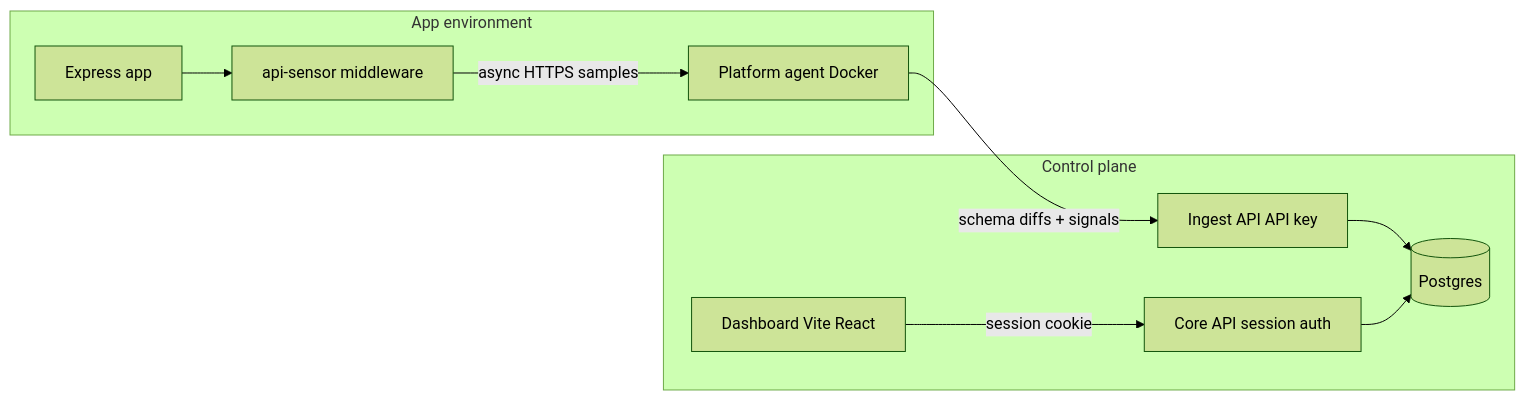
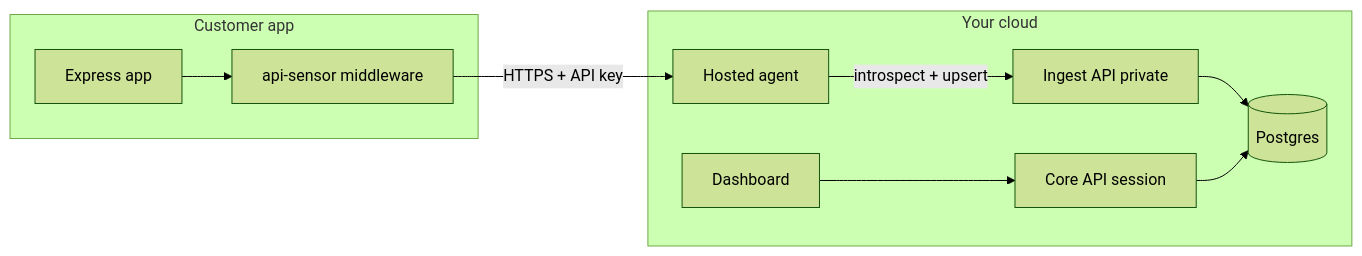
Before and after one commit to jantznick/api-security: the diagram in docs/ARCHITECTURE.md, drawn with Mermaid (forest theme). The commit also changed other lines of this file and 81 other files, not shown here.

````diff
--- a/docs/ARCHITECTURE.md
+++ b/docs/ARCHITECTURE.md
@@ -5,21 +7,21 @@
 ```mermaid
 flowchart LR
-  subgraph appEnv [App environment]
+  subgraph appEnv [Customer app]
     App[Express app]
     MW[api-sensor middleware]
-    Agent[Platform agent Docker]
     App --> MW
-    MW -->|"async HTTPS samples"| Agent
   end
 
-  subgraph controlPlane [Control plane]
-    Ingest[Ingest API API key]
-    Core[Core API session auth]
+  subgraph controlPlane [Your cloud]
+    Agent[Hosted agent]
+    Ingest[Ingest API private]
+    Core[Core API session]
     DB[(Postgres)]
-    UI[Dashboard Vite React]
-    Agent -->|"schema diffs + signals"| Ingest
+    UI[Dashboard]
+    MW -->|"HTTPS + API key"| Agent
+    Agent -->|"introspect + upsert"| Ingest
     Ingest --> DB
     Core --> DB
-    UI -->|"session cookie"| Core
+    UI --> Core
   end
 ```
````
